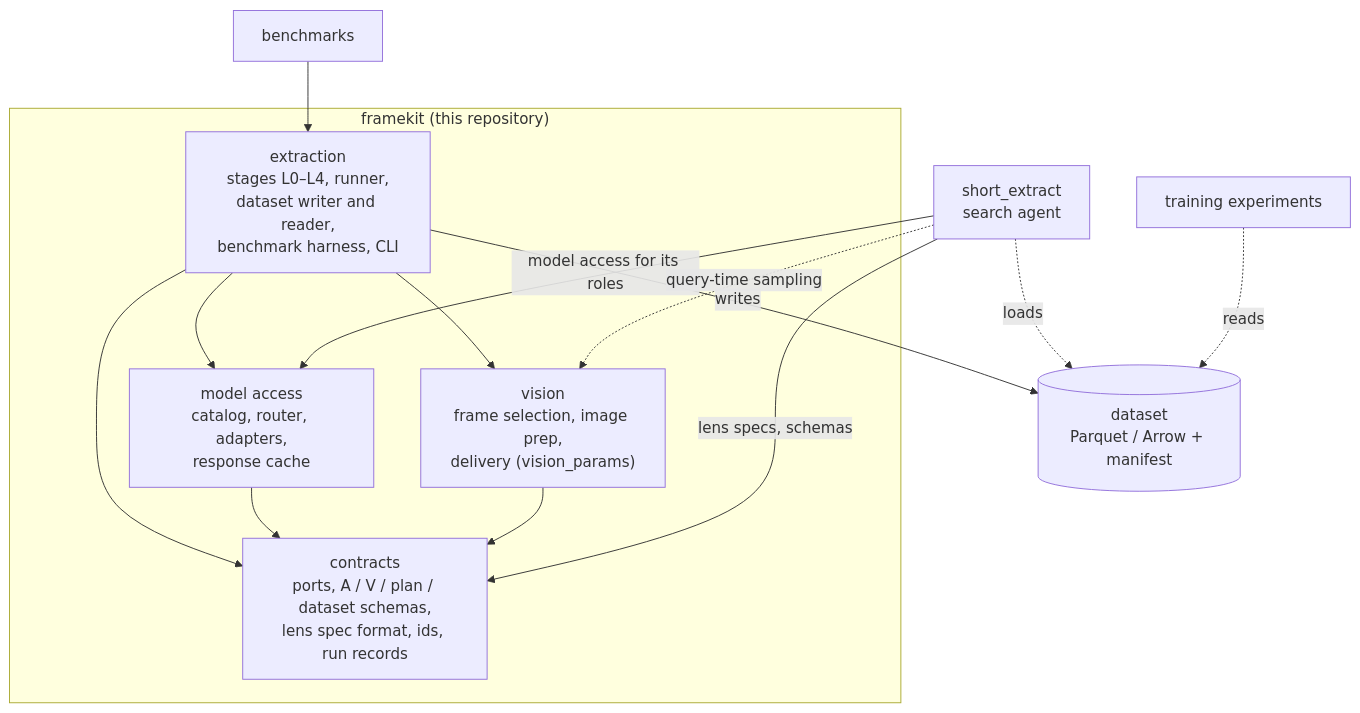
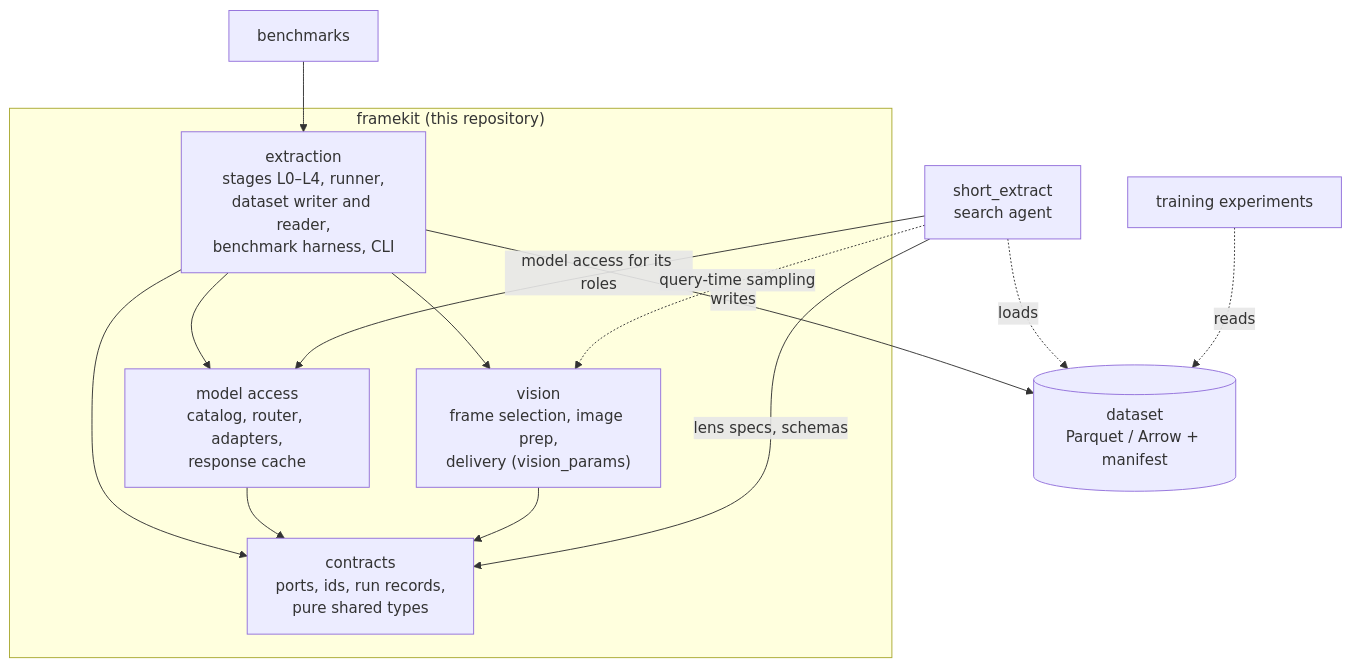
One commit to edyhtan/framekit changed the first of 5 diagrams in docs/ARCHITECTURE.md. Above: the diagram before and after it, drawn with Mermaid. The commit also changed other lines of this file and 14 other files, not shown here.

````diff
--- a/docs/ARCHITECTURE.md
+++ b/docs/ARCHITECTURE.md
@@ -13,26 +13,26 @@
 ```mermaid
 flowchart TB
     subgraph LIB["framekit (this repository)"]
-        CT["contracts<br/>ports, A / V / plan / dataset schemas,<br/>lens spec format, ids, run records"]
+        CT["contracts<br/>ports, ids, run records,<br/>pure shared types"]
         MA["model access<br/>catalog, router, adapters,<br/>response cache"]
         VI["vision<br/>frame selection, image prep,<br/>delivery (vision_params)"]
         EX["extraction<br/>stages L0–L4, runner,<br/>dataset writer and reader,<br/>benchmark harness, CLI"]
     end
     APP["short_extract<br/>search agent"]
     BEN["benchmarks"]
     TRN["training experiments"]
     DS[("dataset<br/>Parquet / Arrow + manifest")]
 
     EX --> MA
     EX --> VI
     EX --> CT
     MA --> CT
     VI --> CT
     EX -- "writes" --> DS
     APP -- "model access for its roles" --> MA
     APP -- "lens specs, schemas" --> CT
     APP -. "query-time sampling" .-> VI
     APP -. "loads" .-> DS
     BEN --> EX
     TRN -. "reads" .-> DS
 ```
````
